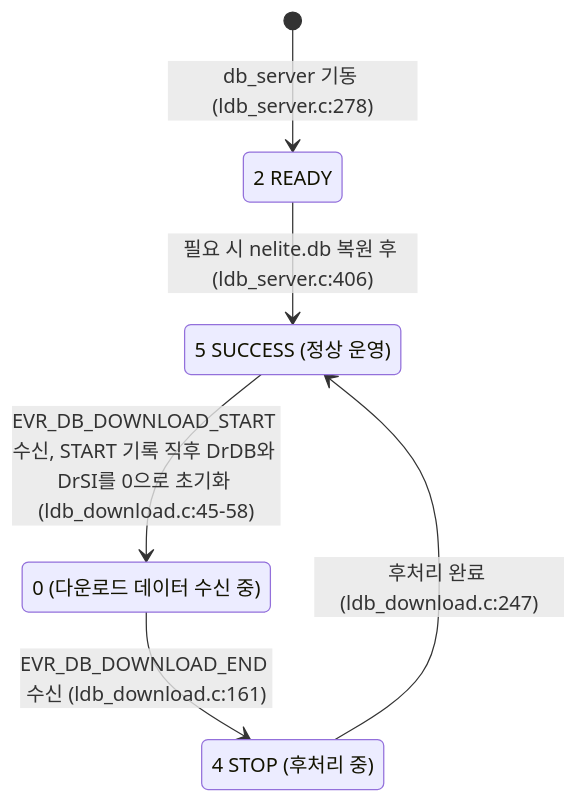
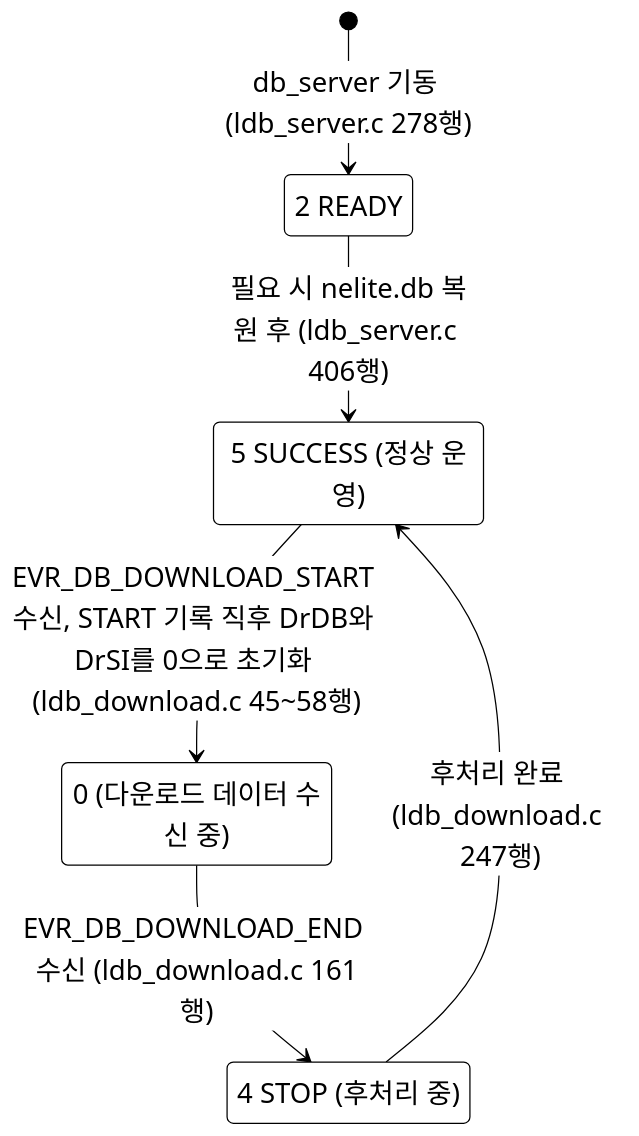
The second of 4 diagrams in e3dp/docs/공유메모리구조.md (ges-mhkim/e3-dp), drawn with Mermaid before and after one commit. The commit also changed other lines of this file and 47 other files, not shown here.

````diff
--- a/e3dp/docs/공유메모리구조.md
+++ b/e3dp/docs/공유메모리구조.md
@@ -195,13 +196,14 @@
 ```mermaid
+%%{init: {"theme": "base", "themeVariables": {"primaryColor": "#ffffff", "primaryBorderColor": "#000000", "primaryTextColor": "#000000", "lineColor": "#000000", "secondaryColor": "#ffffff", "tertiaryColor": "#ffffff", "clusterBkg": "#ffffff", "clusterBorderColor": "#000000", "fontSize": "22px"}}}%%
 stateDiagram-v2
-  [*] --> READY: db_server 기동 (ldb_server.c:278)
-  READY --> SUCCESS: 필요 시 nelite.db 복원 후 (ldb_server.c:406)
-  SUCCESS --> ZERO: EVR_DB_DOWNLOAD_START 수신, START 기록 직후 DrDB와 DrSI를 0으로 초기화 (ldb_download.c:45-58)
-  ZERO --> STOP: EVR_DB_DOWNLOAD_END 수신 (ldb_download.c:161)
-  STOP --> SUCCESS: 후처리 완료 (ldb_download.c:247)
+  [*] --> READY: db_server 기동 (ldb_server.c 278행)
+  READY --> SUCCESS: 필요 시 nelite.db 복원 후 (ldb_server.c 406행)
+  SUCCESS --> ZERO: EVR_DB_DOWNLOAD_START 수신, START 기록 직후 DrDB와 DrSI를 0으로 초기화 (ldb_download.c 45~58행)
+  ZERO --> STOP: EVR_DB_DOWNLOAD_END 수신 (ldb_download.c 161행)
+  STOP --> SUCCESS: 후처리 완료 (ldb_download.c 247행)
 
   READY: 2 READY
   ZERO: 0 (다운로드 데이터 수신 중)
   STOP: 4 STOP (후처리 중)
   SUCCESS: 5 SUCCESS (정상 운영)
 ```
````
